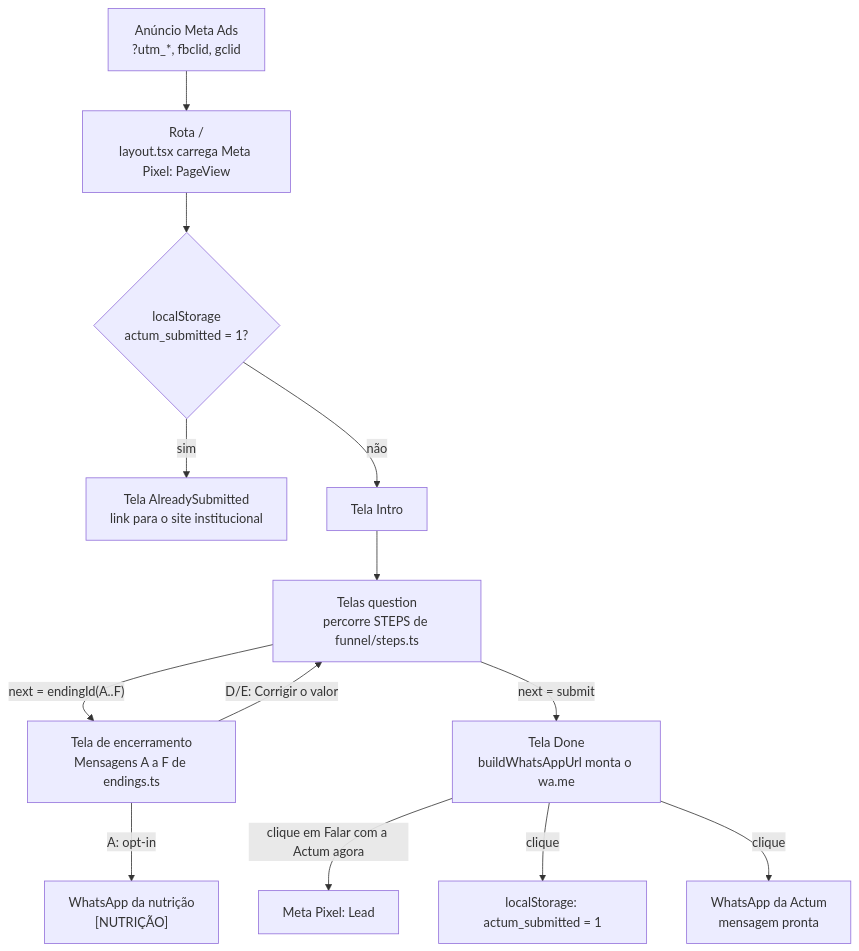
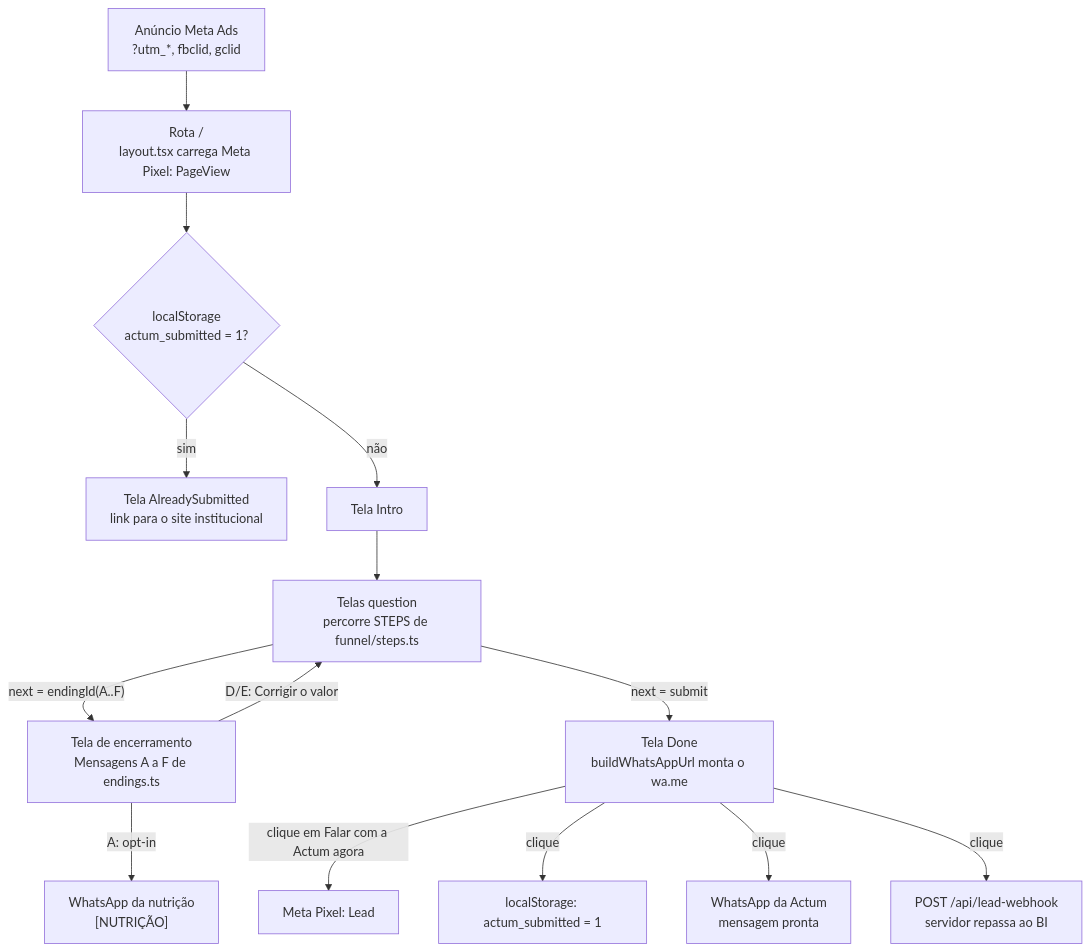
Before and after one commit to bmztech/form-actum: the diagram in docs/arquitetura.md, drawn with Mermaid. The commit also changed other lines of this file and 8 other files, not shown here.

````diff
--- a/docs/arquitetura.md
+++ b/docs/arquitetura.md
@@ -18,15 +18,16 @@
 ```mermaid
 flowchart TD
     A["Anúncio Meta Ads<br/>?utm_*, fbclid, gclid"] --> B["Rota /<br/>layout.tsx carrega Meta Pixel: PageView"]
     B --> C{"localStorage<br/>actum_submitted = 1?"}
     C -- sim --> D["Tela AlreadySubmitted<br/>link para o site institucional"]
     C -- não --> E["Tela Intro"]
     E --> F["Telas question<br/>percorre STEPS de funnel/steps.ts"]
     F -- "next = endingId(A..F)" --> G["Tela de encerramento<br/>Mensagens A a F de endings.ts"]
     G -- "A: opt-in" --> N["WhatsApp da nutrição<br/>[NUTRIÇÃO]"]
     G -- "D/E: Corrigir o valor" --> F
     F -- "next = submit" --> H["Tela Done<br/>buildWhatsAppUrl monta o wa.me"]
     H -- "clique em Falar com a Actum agora" --> I["Meta Pixel: Lead"]
     H -- clique --> J["localStorage: actum_submitted = 1"]
     H -- clique --> K["WhatsApp da Actum<br/>mensagem pronta"]
+    H -- clique --> L["POST /api/lead-webhook<br/>servidor repassa ao BI"]
 ```
````
